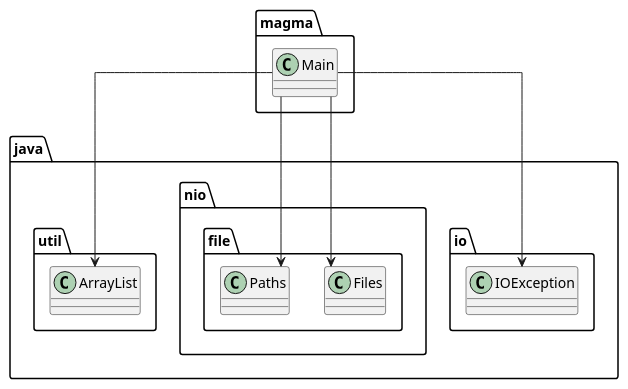
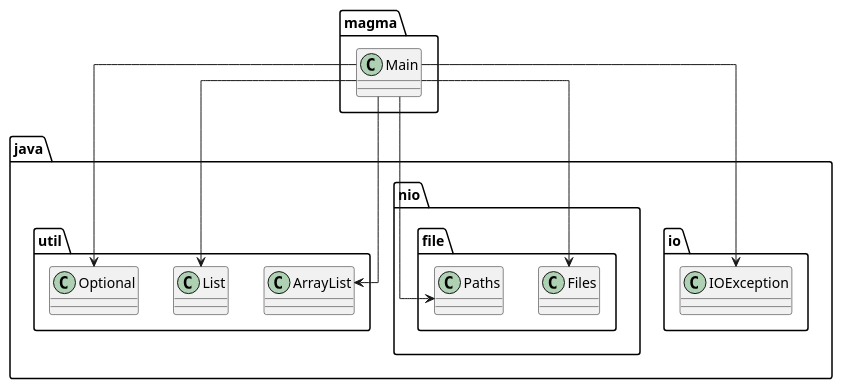
Before and after one commit to SirMathhman/Magma: the diagram in diagram.puml, drawn with PlantUML. The commit also changed 1 other file, not shown here.

```diff
--- a/diagram.puml
+++ b/diagram.puml
@@ -1,8 +1,10 @@
 @startuml
 skinparam linetype ortho
 magma.Main --> java.io.IOException
 magma.Main --> java.nio.file.Files
 magma.Main --> java.nio.file.Paths
 magma.Main --> java.util.ArrayList
+magma.Main --> java.util.List
+magma.Main --> java.util.Optional
 class magma.Main
 @enduml
```
